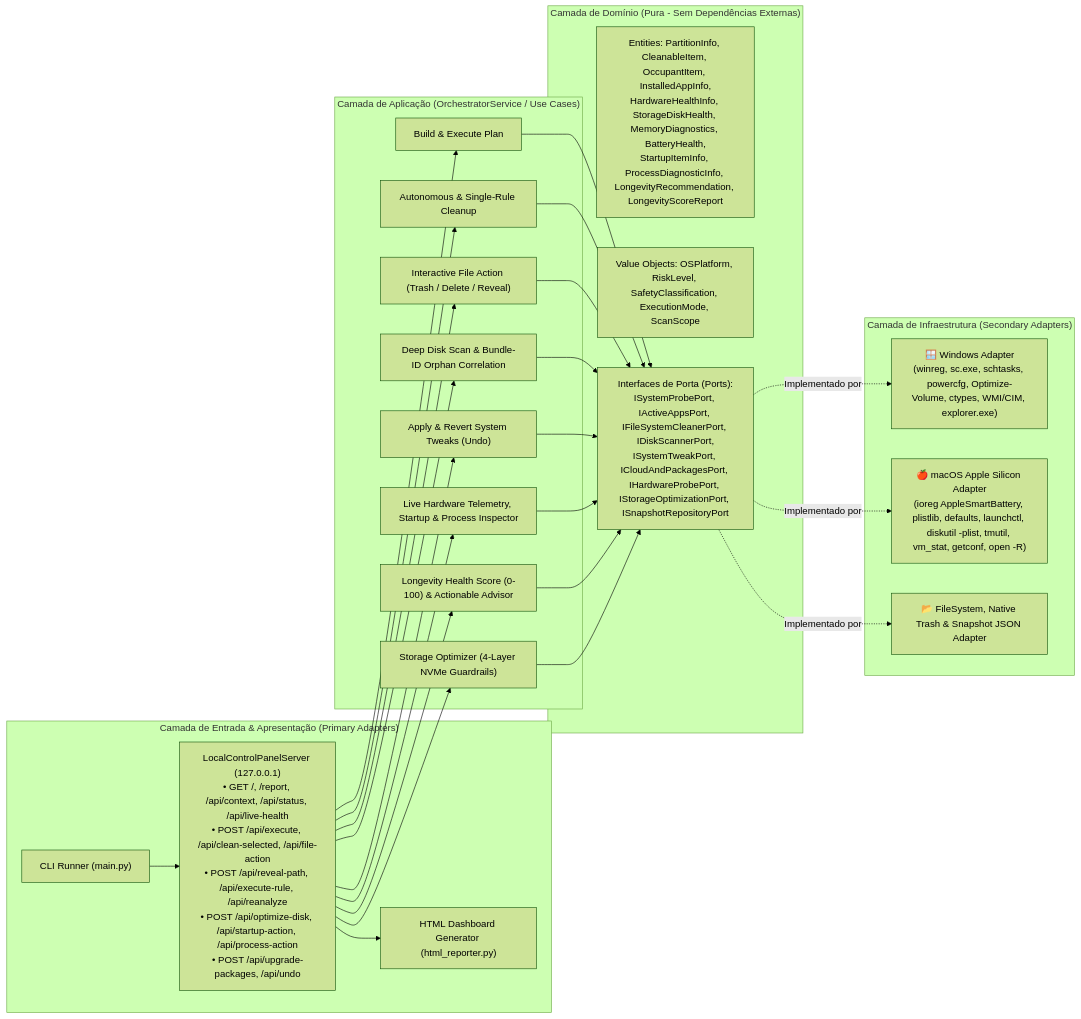
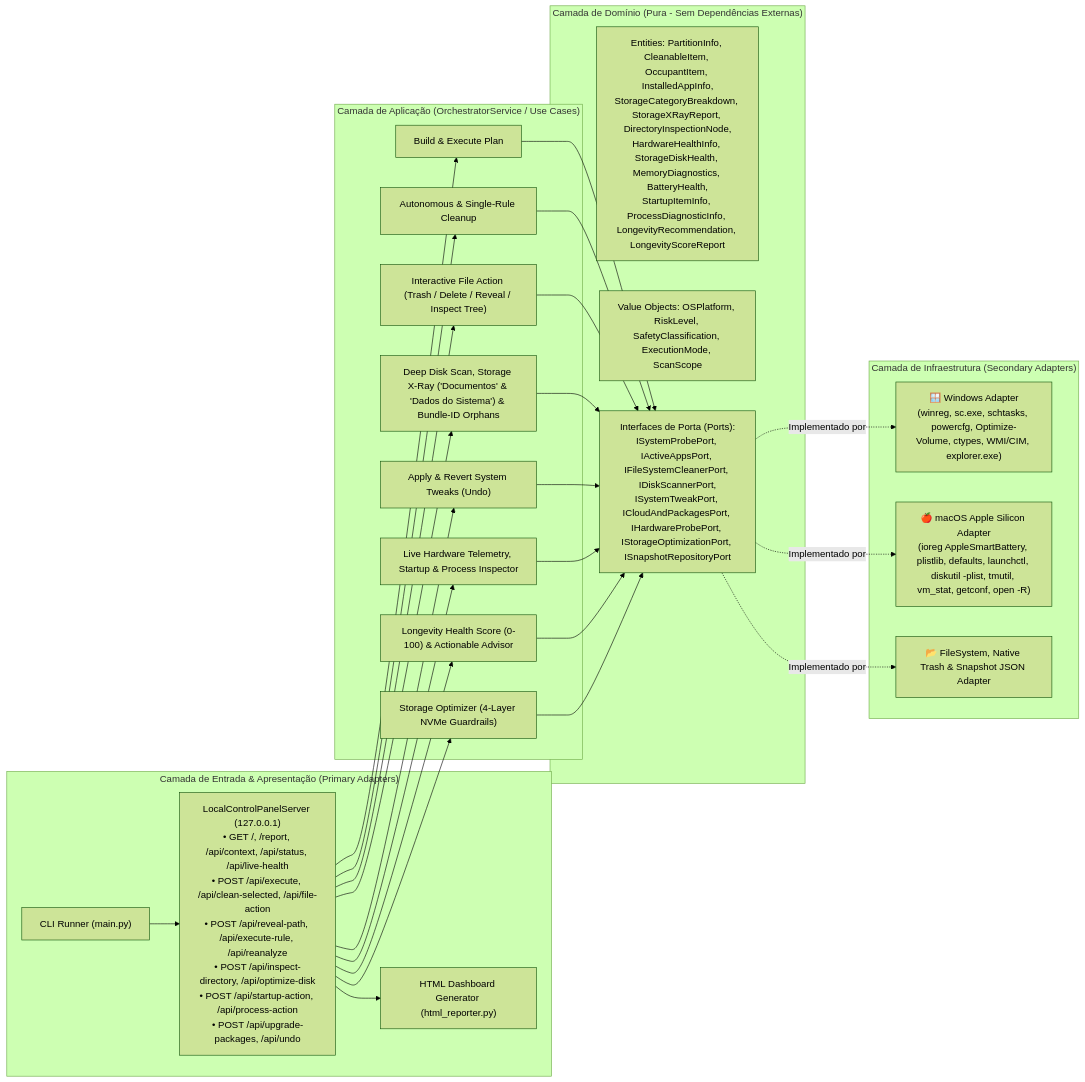
One commit to abdielcordeiro/limpeza-desktop changed the fourth of 5 diagrams in docs/architecture/01-SYSTEM-DESIGN-C4.md. Above: the diagram before and after it, drawn with Mermaid (forest theme). The commit also changed 16 other files, not shown here.

````diff
--- a/docs/architecture/01-SYSTEM-DESIGN-C4.md
+++ b/docs/architecture/01-SYSTEM-DESIGN-C4.md
@@ -103,55 +103,55 @@
 ```mermaid
 flowchart LR
     subgraph Presentation["Camada de Entrada & Apresentação (Primary Adapters)"]
         EntryCLI["CLI Runner (main.py)"]
-        LocalWebServer["LocalControlPanelServer (127.0.0.1)<br/>• GET /, /report, /api/context, /api/status, /api/live-health<br/>• POST /api/execute, /api/clean-selected, /api/file-action<br/>• POST /api/reveal-path, /api/execute-rule, /api/reanalyze<br/>• POST /api/optimize-disk, /api/startup-action, /api/process-action<br/>• POST /api/upgrade-packages, /api/undo"]
+        LocalWebServer["LocalControlPanelServer (127.0.0.1)<br/>• GET /, /report, /api/context, /api/status, /api/live-health<br/>• POST /api/execute, /api/clean-selected, /api/file-action<br/>• POST /api/reveal-path, /api/execute-rule, /api/reanalyze<br/>• POST /api/inspect-directory, /api/optimize-disk<br/>• POST /api/startup-action, /api/process-action<br/>• POST /api/upgrade-packages, /api/undo"]
         HTMLGen["HTML Dashboard Generator (html_reporter.py)"]
     end
 
     subgraph Application["Camada de Aplicação (OrchestratorService / Use Cases)"]
         UC_Plan["Build & Execute Plan"]
         UC_Clean["Autonomous & Single-Rule Cleanup"]
-        UC_FileAct["Interactive File Action (Trash / Delete / Reveal)"]
-        UC_Scan["Deep Disk Scan & Bundle-ID Orphan Correlation"]
+        UC_FileAct["Interactive File Action (Trash / Delete / Reveal / Inspect Tree)"]
+        UC_Scan["Deep Disk Scan, Storage X-Ray ('Documentos' & 'Dados do Sistema') & Bundle-ID Orphans"]
         UC_Opt["Apply & Revert System Tweaks (Undo)"]
         UC_Hw["Live Hardware Telemetry, Startup & Process Inspector"]
         UC_Advisor["Longevity Health Score (0-100) & Actionable Advisor"]
         UC_DskOpt["Storage Optimizer (4-Layer NVMe Guardrails)"]
     end
 
     subgraph Domain["Camada de Domínio (Pura - Sem Dependências Externas)"]
-        Entities["Entities: PartitionInfo, CleanableItem, OccupantItem, InstalledAppInfo,<br/>HardwareHealthInfo, StorageDiskHealth, MemoryDiagnostics, BatteryHealth,<br/>StartupItemInfo, ProcessDiagnosticInfo, LongevityRecommendation, LongevityScoreReport"]
+        Entities["Entities: PartitionInfo, CleanableItem, OccupantItem, InstalledAppInfo,<br/>StorageCategoryBreakdown, StorageXRayReport, DirectoryInspectionNode,<br/>HardwareHealthInfo, StorageDiskHealth, MemoryDiagnostics, BatteryHealth,<br/>StartupItemInfo, ProcessDiagnosticInfo, LongevityRecommendation, LongevityScoreReport"]
         ValueObjects["Value Objects: OSPlatform, RiskLevel, SafetyClassification, ExecutionMode, ScanScope"]
         Ports["Interfaces de Porta (Ports):<br/>ISystemProbePort, IActiveAppsPort, IFileSystemCleanerPort, IDiskScannerPort,<br/>ISystemTweakPort, ICloudAndPackagesPort, IHardwareProbePort, IStorageOptimizationPort, ISnapshotRepositoryPort"]
     end
 
     subgraph Infrastructure["Camada de Infraestrutura (Secondary Adapters)"]
         WinAdapter["🪟 Windows Adapter<br/>(winreg, sc.exe, schtasks, powercfg, Optimize-Volume, ctypes, WMI/CIM, explorer.exe)"]
         MacAdapter["🍎 macOS Apple Silicon Adapter<br/>(ioreg AppleSmartBattery, plistlib, defaults, launchctl, diskutil -plist, tmutil, vm_stat, getconf, open -R)"]
         LocalFSAdapter["📂 FileSystem, Native Trash & Snapshot JSON Adapter"]
     end
 
     EntryCLI --> LocalWebServer
     LocalWebServer --> UC_Plan
     LocalWebServer --> UC_Clean
     LocalWebServer --> UC_FileAct
     LocalWebServer --> UC_Scan
     LocalWebServer --> UC_Opt
     LocalWebServer --> UC_Hw
     LocalWebServer --> UC_Advisor
     LocalWebServer --> UC_DskOpt
     LocalWebServer --> HTMLGen
 
     UC_Plan --> Ports
     UC_Clean --> Ports
     UC_FileAct --> Ports
     UC_Scan --> Ports
     UC_Opt --> Ports
     UC_Hw --> Ports
     UC_Advisor --> Ports
     UC_DskOpt --> Ports
 
     Ports -.->|"Implementado por"| WinAdapter
     Ports -.->|"Implementado por"| MacAdapter
     Ports -.->|"Implementado por"| LocalFSAdapter
 ```
````
